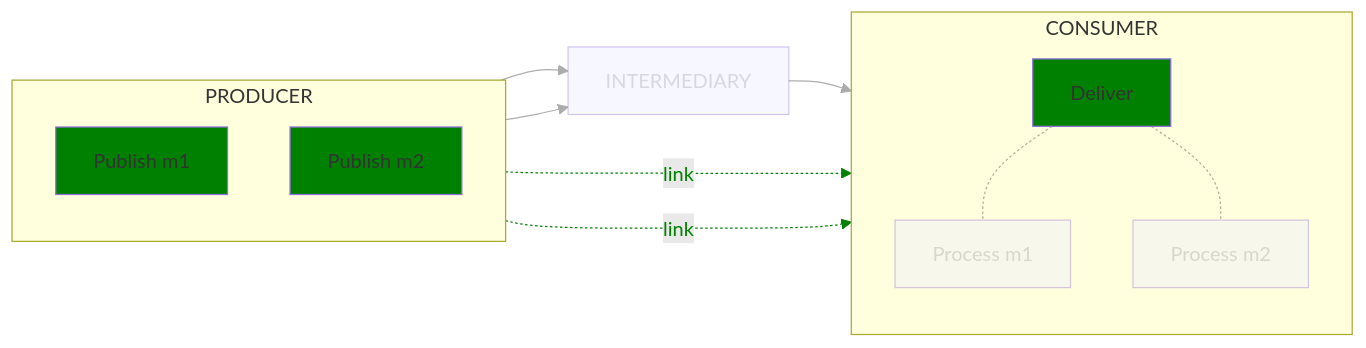
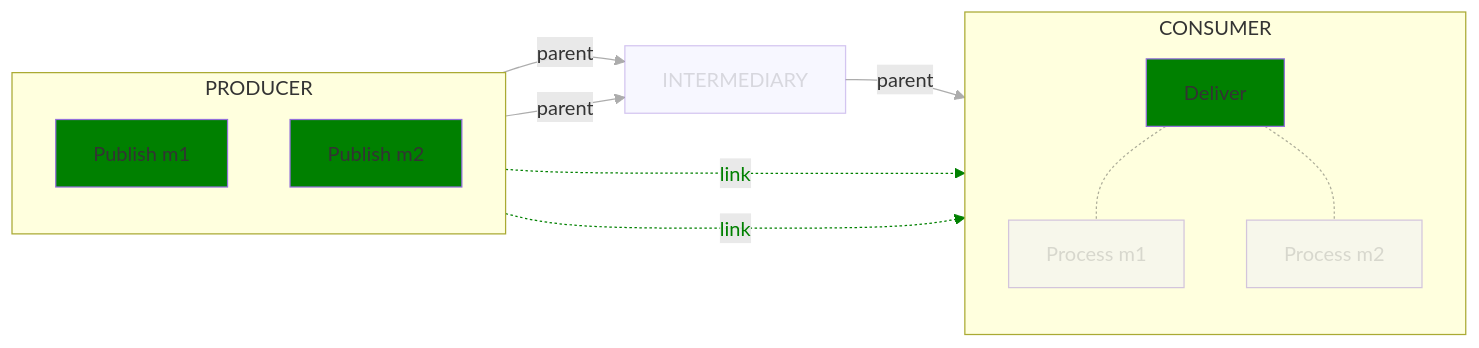
Diagram 12 of 12 in text/trace/0220-messaging-semantic-conventions-span-structure.md (open-telemetry/oteps), drawn with Mermaid before and after one commit. The commit also changed other lines of this file, not shown here.

Commit message:
Add parent label on diagrams

````diff
--- a/text/trace/0220-messaging-semantic-conventions-span-structure.md
+++ b/text/trace/0220-messaging-semantic-conventions-span-structure.md
@@ -596,25 +596,25 @@
 ```mermaid
 flowchart LR;
   subgraph PRODUCER
   direction TB
   PM1[Publish m1]
   PM2[Publish m2]
   end
   subgraph CONSUMER
   direction TB
   D[Deliver]-.-PRM1[Process m1]
   D-.-PRM2[Process m2]
   end
   PM1-. link .->D;
   PM2-. link .->D;
-  PM1-->INTERMEDIARY;
-  PM2-->INTERMEDIARY;
-  INTERMEDIARY-->D;
+  PM1-->|parent|INTERMEDIARY;
+  PM2-->|parent|INTERMEDIARY;
+  INTERMEDIARY-->|parent|D;
 
   classDef normal fill:green
   class PM1,PM2,D normal
   classDef additional opacity:0.4
   class INTERMEDIARY,PRM1,PRM2 additional
   linkStyle 0,1,4,5,6 opacity:0.4
   linkStyle 2,3 color:green,stroke:green
 ```
````
